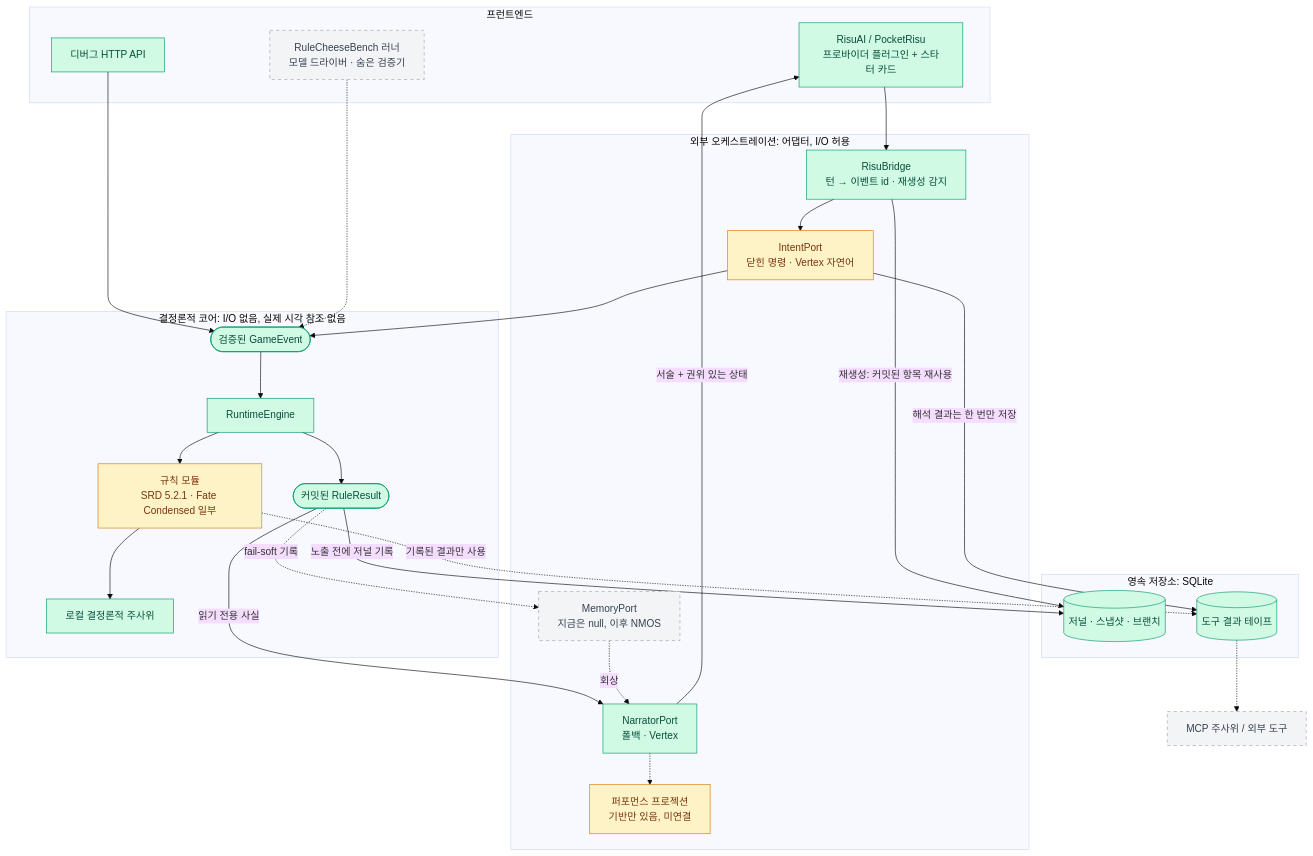
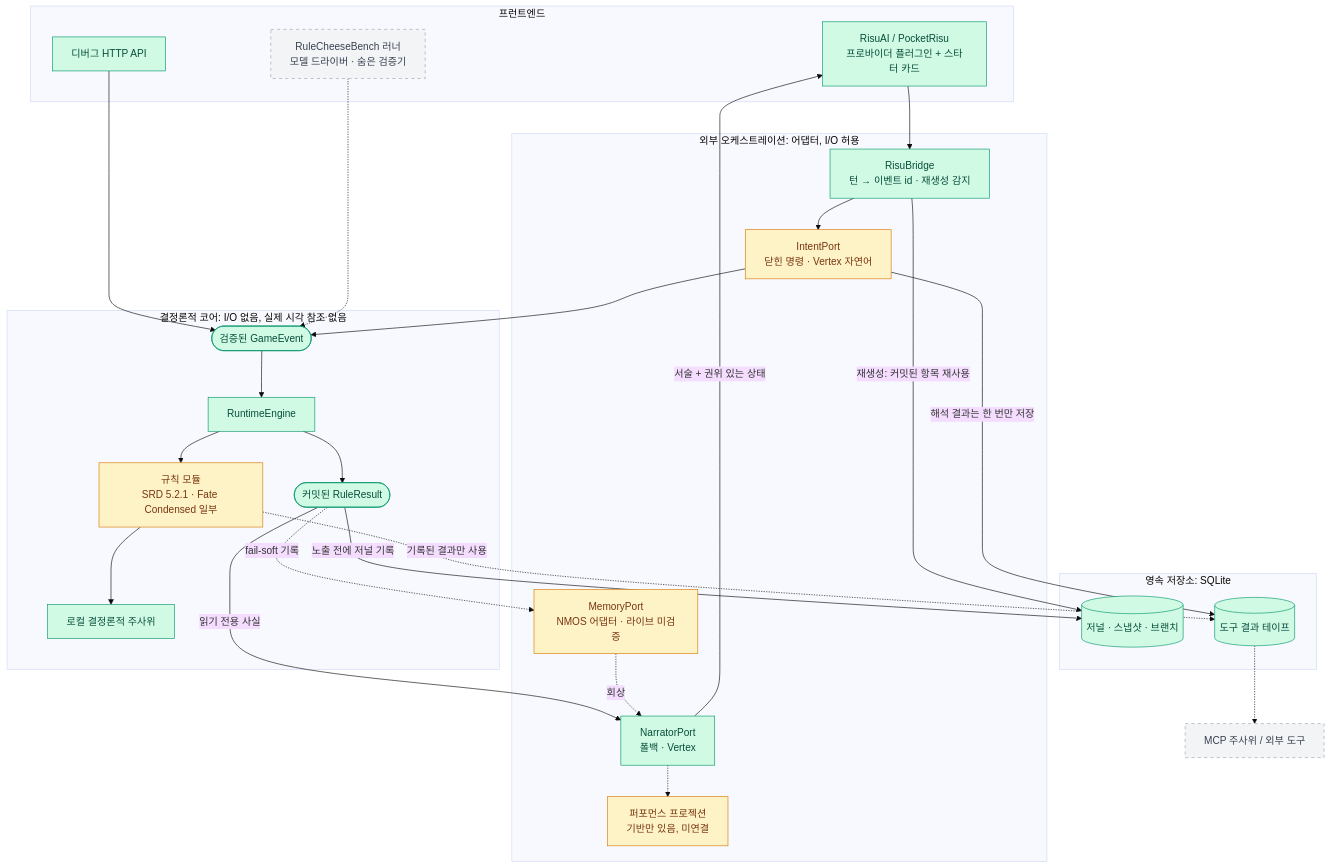
Before and after one commit to Sallos725/SAGA: the first of 2 diagrams in README.ko.md, drawn with Mermaid (base theme). The commit also changed other lines of this file and 14 other files, not shown here.

First line of the commit message:
feat: bind the NMOS sidecar behind MemoryPort, fail-soft

````diff
--- a/README.ko.md
+++ b/README.ko.md
@@ -32,51 +32,51 @@
 ```mermaid
 flowchart TD
     subgraph FE["프런트엔드"]
         risu["RisuAI / PocketRisu<br/>프로바이더 플러그인 + 스타터 카드"]:::done
         http["디버그 HTTP API"]:::done
         bench["RuleCheeseBench 러너<br/>모델 드라이버 · 숨은 검증기"]:::planned
     end
 
     subgraph OUT["외부 오케스트레이션: 어댑터, I/O 허용"]
         bridge["RisuBridge<br/>턴 → 이벤트 id · 재생성 감지"]:::done
         intent["IntentPort<br/>닫힌 명령 · Vertex 자연어"]:::partial
         narr["NarratorPort<br/>폴백 · Vertex"]:::done
-        mem["MemoryPort<br/>지금은 null, 이후 NMOS"]:::planned
+        mem["MemoryPort<br/>NMOS 어댑터 · 라이브 미검증"]:::partial
         perf["퍼포먼스 프로젝션<br/>기반만 있음, 미연결"]:::partial
     end
 
     subgraph CORE["결정론적 코어: I/O 없음, 실제 시각 참조 없음"]
         event(["검증된 GameEvent"]):::done
         engine["RuntimeEngine"]:::done
         rules["규칙 모듈<br/>SRD 5.2.1 · Fate Condensed 일부"]:::partial
         dice["로컬 결정론적 주사위"]:::done
         result(["커밋된 RuleResult"]):::done
     end
 
     subgraph STORE["영속 저장소: SQLite"]
         journal[("저널 · 스냅샷 · 브랜치")]:::done
         tape[("도구 결과 테이프")]:::done
     end
 
     mcp["MCP 주사위 / 외부 도구"]:::planned
 
     risu --> bridge --> intent --> event
     http --> event
     bench -.-> event
     event --> engine --> rules --> dice
     engine --> result
     result -- "노출 전에 저널 기록" --> journal
     intent -- "해석 결과는 한 번만 저장" --> tape
     rules -. "기록된 결과만 사용" .-> tape
     tape -.-> mcp
     bridge -- "재생성: 커밋된 항목 재사용" --> journal
     result -- "읽기 전용 사실" --> narr
     narr -- "서술 + 권위 있는 상태" --> risu
     result -. "fail-soft 기록" .-> mem
     mem -. "회상" .-> narr
     narr -.-> perf
 
     classDef done fill:#d1fae5,stroke:#059669,color:#064e3b
     classDef partial fill:#fef3c7,stroke:#d97706,color:#78350f
     classDef planned fill:#f3f4f6,stroke:#9ca3af,color:#374151,stroke-dasharray: 5 5
 ```
````
